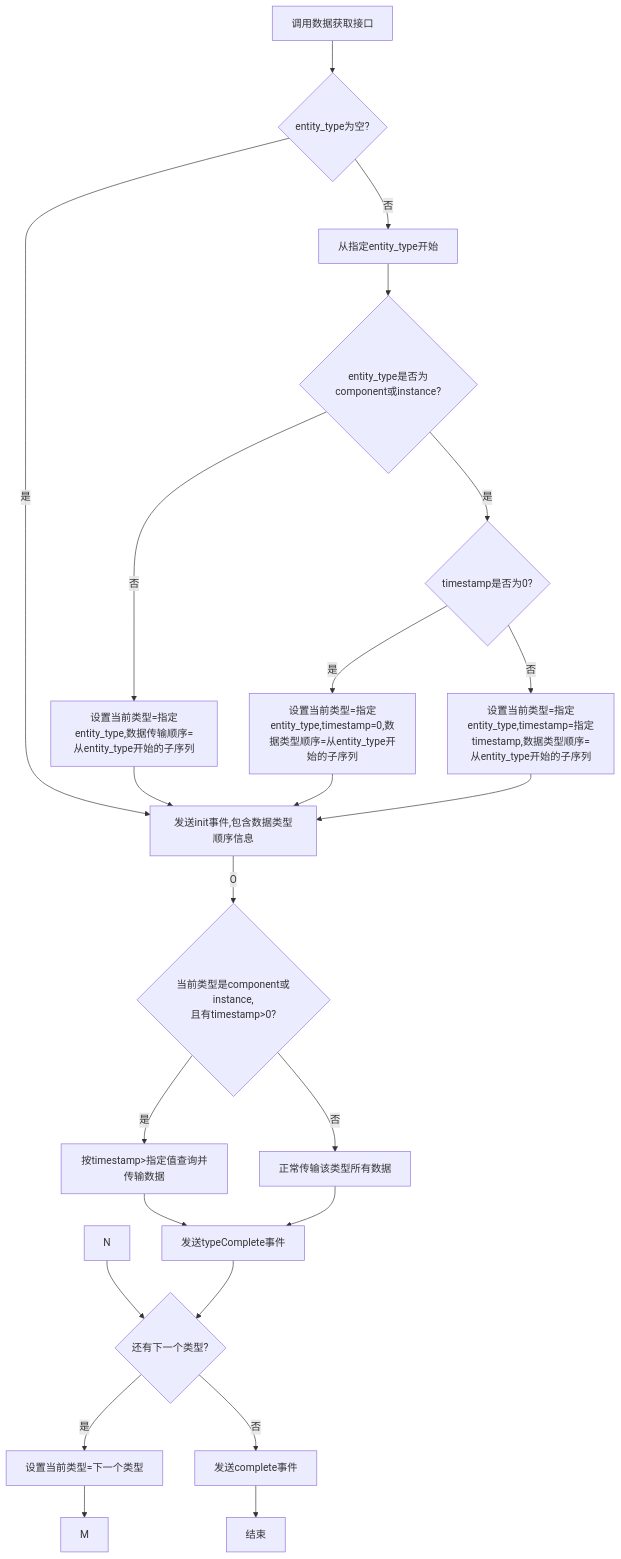
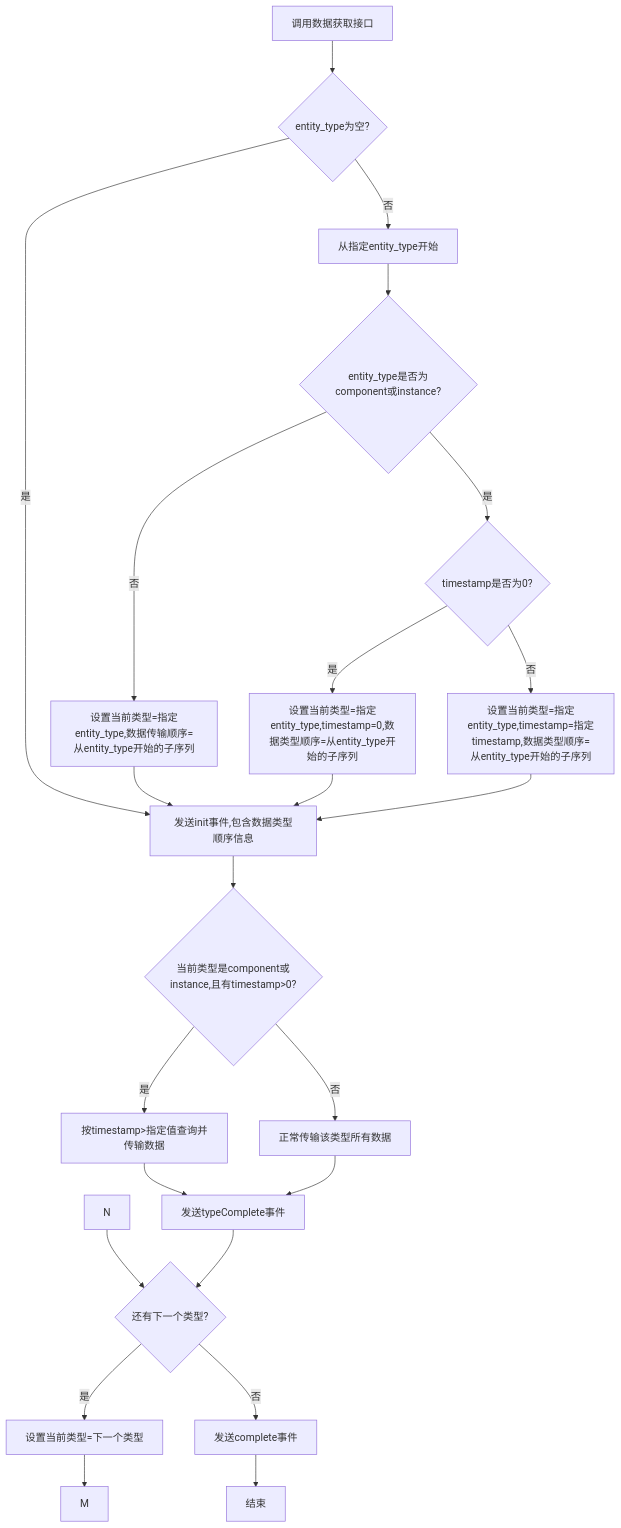
One commit to yingjianzh/iodraw-files changed the diagram in all/未命名-59.md. Above: the diagram before and after it, drawn with Mermaid.

Commit message:
2025-05-14 15:42:23 update

````diff
--- a/all/未命名-59.md
+++ b/all/未命名-59.md
@@ -1,36 +1,35 @@
 ```mermaid
 flowchart TD
     A[调用数据获取接口] --> B{entity_type为空?}
 
     B -->|是| K[发送init事件,包含数据类型顺序信息]
     B -->|否| D[从指定entity_type开始]
     
     D --> F{entity_type是否为component或instance?}
     
     F -->|否| G[设置当前类型=指定entity_type,数据传输顺序=从entity_type开始的子序列]
     F -->|是| H{timestamp是否为0?}
     
     H -->|是| I[设置当前类型=指定entity_type,timestamp=0,数据类型顺序=从entity_type开始的子序列]
     H -->|否| J[设置当前类型=指定entity_type,timestamp=指定timestamp,数据类型顺序=从entity_type开始的子序列]
     
     G --> K
     I --> K
     J --> K
     
    
-    K --
-    O --> P{当前类型是component或instance,\n且有timestamp>0?}
+    K --> P{当前类型是component或instance,且有timestamp>0?}
     P -->|是| Q[按timestamp>指定值查询并传输数据]
     P -->|否| R[正常传输该类型所有数据]
     
     Q --> S[发送typeComplete事件]
     R --> S
     N --> T{还有下一个类型?}
     S --> T
     
     T -->|是| U[设置当前类型=下一个类型]
     T -->|否| V[发送complete事件]
     
     U --> M
     V --> W[结束]
 ```
````
